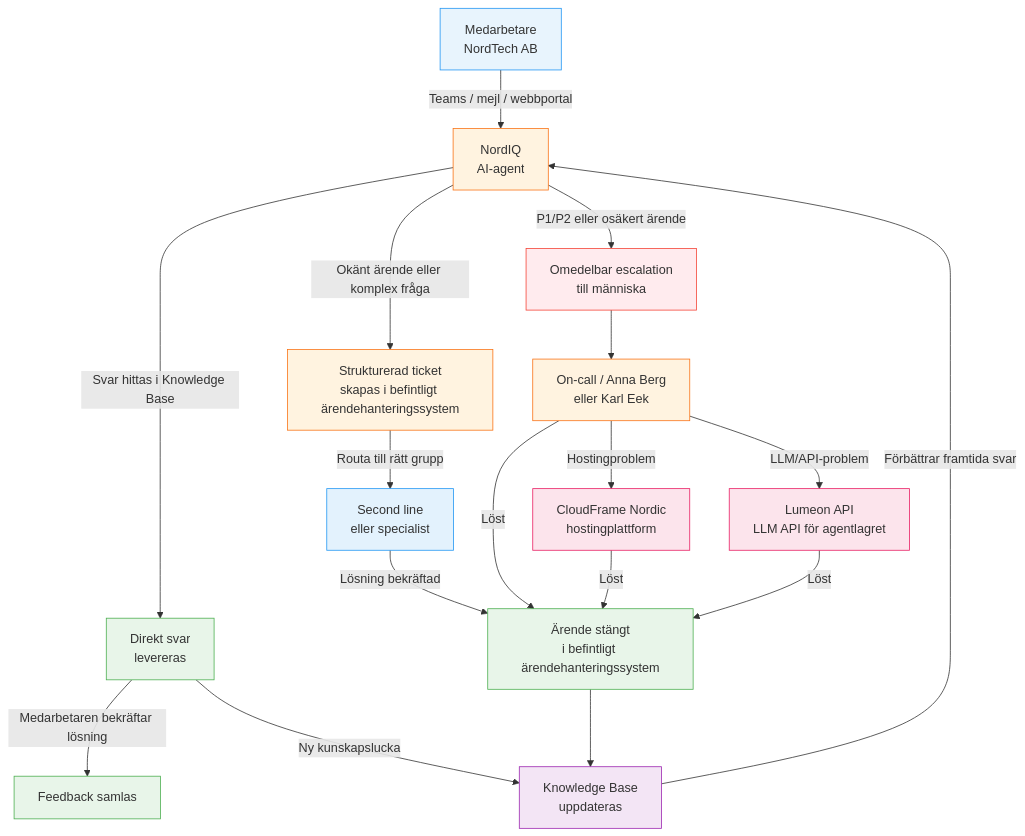
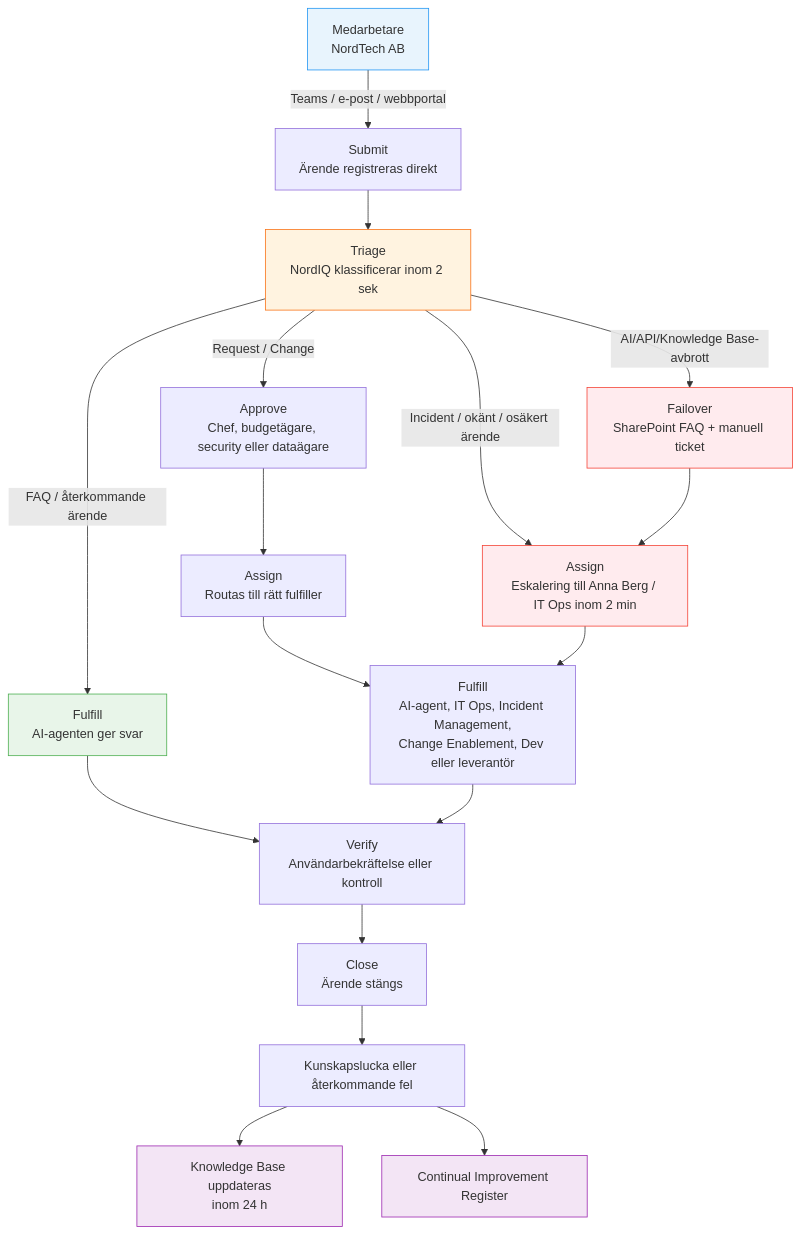
The second of 3 diagrams in README.md (itsimonfredlingjack/NordIQ), drawn with Mermaid before and after one commit. The commit also changed other lines of this file and 21 other files, not shown here.

````diff
--- a/README.md
+++ b/README.md
@@ -100,37 +109,33 @@
 ```mermaid
 flowchart TD
-    A[Medarbetare<br/>NordTech AB] -->|Teams / mejl / webbportal| B[NordIQ<br/>AI-agent]
+    A[Medarbetare<br/>NordTech AB] -->|Teams / e-post / webbportal| B[Submit<br/>Ärende registreras direkt]
 
-    B -->|Svar hittas i Knowledge Base| C[Direkt svar<br/>levereras]
-    B -->|Okänt ärende eller komplex fråga| D[Strukturerad ticket<br/>skapas i befintligt ärendehanteringssystem]
-    B -->|P1/P2 eller osäkert ärende| E[Omedelbar escalation<br/>till människa]
+    B --> C[Triage<br/>NordIQ klassificerar inom 2 sek]
 
-    C -->|Medarbetaren bekräftar lösning| F[Feedback samlas]
-    C -->|Ny kunskapslucka| G[Knowledge Base<br/>uppdateras]
+    C -->|FAQ / återkommande ärende| D[Fulfill<br/>AI-agenten ger svar]
+    C -->|Request / Change| E[Approve<br/>Chef, budgetägare, security eller dataägare]
+    C -->|Incident / okänt / osäkert ärende| F[Assign<br/>Eskalering till Anna Berg / IT Ops inom 2 min]
 
-    D -->|Routa till rätt grupp| H[Second line<br/>eller specialist]
-    H -->|Lösning bekräftad| I[Ärende stängt<br/>i befintligt ärendehanteringssystem]
-    I --> G
+    E --> G[Assign<br/>Routas till rätt fulfiller]
+    G --> H[Fulfill<br/>AI-agent, IT Ops, Incident Management,<br/>Change Enablement, Dev eller leverantör]
 
-    E --> J[On-call / Anna Berg<br/>eller Karl Eek]
-    J -->|Löst| I
-    J -->|Hostingproblem| K[CloudFrame Nordic<br/>hostingplattform]
-    J -->|LLM/API-problem| L[Lumeon API<br/>LLM API för agentlagret]
-    K -->|Löst| I
-    L -->|Löst| I
+    D --> I[Verify<br/>Användarbekräftelse eller kontroll]
+    H --> I
+    F --> H
 
-    G -->|Förbättrar framtida svar| B
+    I --> J[Close<br/>Ärende stängs]
+    J --> K[Kunskapslucka eller återkommande fel]
+    K --> L[Knowledge Base uppdateras<br/>inom 24 h]
+    K --> M[Continual Improvement Register]
+
+    C -->|AI/API/Knowledge Base-avbrott| N[Failover<br/>SharePoint FAQ + manuell ticket]
+    N --> F
 
     style A fill:#e8f4fd,stroke:#2196F3
-    style B fill:#fff3e0,stroke:#F97316
-    style C fill:#e8f5e9,stroke:#4CAF50
-    style D fill:#fff3e0,stroke:#F97316
-    style E fill:#ffebee,stroke:#F44336
-    style F fill:#e8f5e9,stroke:#4CAF50
-    style G fill:#f3e5f5,stroke:#9C27B0
-    style H fill:#e3f2fd,stroke:#2196F3
-    style I fill:#e8f5e9,stroke:#4CAF50
-    style J fill:#fff3e0,stroke:#F97316
-    style K fill:#fce4ec,stroke:#E91E63
-    style L fill:#fce4ec,stroke:#E91E63
+    style C fill:#fff3e0,stroke:#F97316
+    style D fill:#e8f5e9,stroke:#4CAF50
+    style F fill:#ffebee,stroke:#F44336
+    style N fill:#ffebee,stroke:#F44336
+    style L fill:#f3e5f5,stroke:#9C27B0
+    style M fill:#f3e5f5,stroke:#9C27B0
 ```
````
